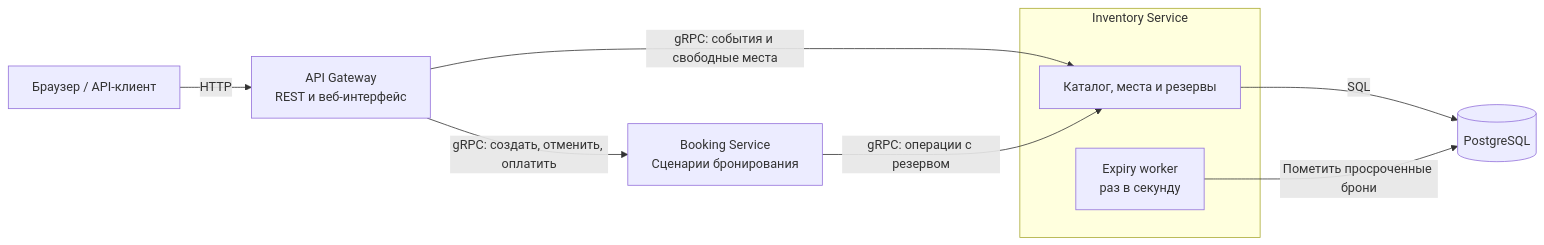
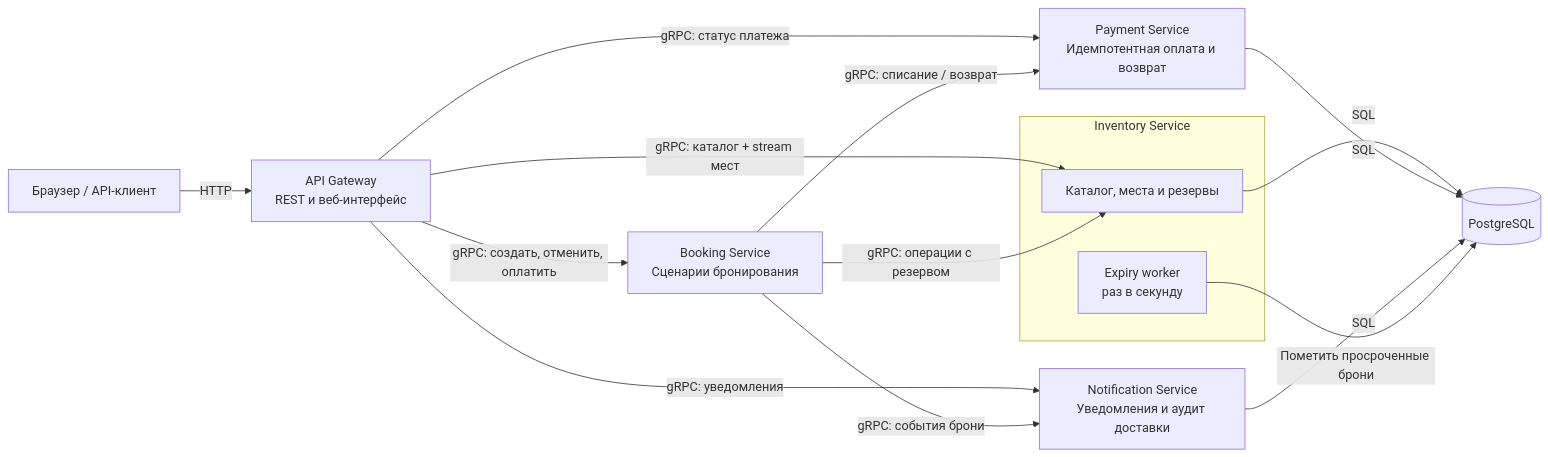
One commit to tsostanov/SeatFlow changed the first of 4 diagrams in README.md. Above: the diagram before and after it, drawn with Mermaid. The commit also changed other lines of this file and 26 other files, not shown here.

Commit message:
Add resilient payment and notification services

````diff
--- a/README.md
+++ b/README.md
@@ -49,18 +49,26 @@
 ```mermaid
 flowchart LR
     Client["Браузер / API-клиент"]
     Gateway["API Gateway<br/>REST и веб-интерфейс"]
     Booking["Booking Service<br/>Сценарии бронирования"]
+    Payment["Payment Service<br/>Идемпотентная оплата и возврат"]
+    Notification["Notification Service<br/>Уведомления и аудит доставки"]
     subgraph InventoryService["Inventory Service"]
         Inventory["Каталог, места и резервы"]
         Worker["Expiry worker<br/>раз в секунду"]
     end
     DB[(PostgreSQL)]
 
     Client -->|HTTP| Gateway
     Gateway -->|"gRPC: создать, отменить, оплатить"| Booking
-    Gateway -->|"gRPC: события и свободные места"| Inventory
+    Gateway -->|"gRPC: каталог + stream мест"| Inventory
+    Gateway -->|"gRPC: статус платежа"| Payment
+    Gateway -->|"gRPC: уведомления"| Notification
     Booking -->|"gRPC: операции с резервом"| Inventory
+    Booking -->|"gRPC: списание / возврат"| Payment
+    Booking -->|"gRPC: события брони"| Notification
     Inventory -->|SQL| DB
+    Payment -->|SQL| DB
+    Notification -->|SQL| DB
     Worker -->|"Пометить просроченные брони"| DB
 ```
````
